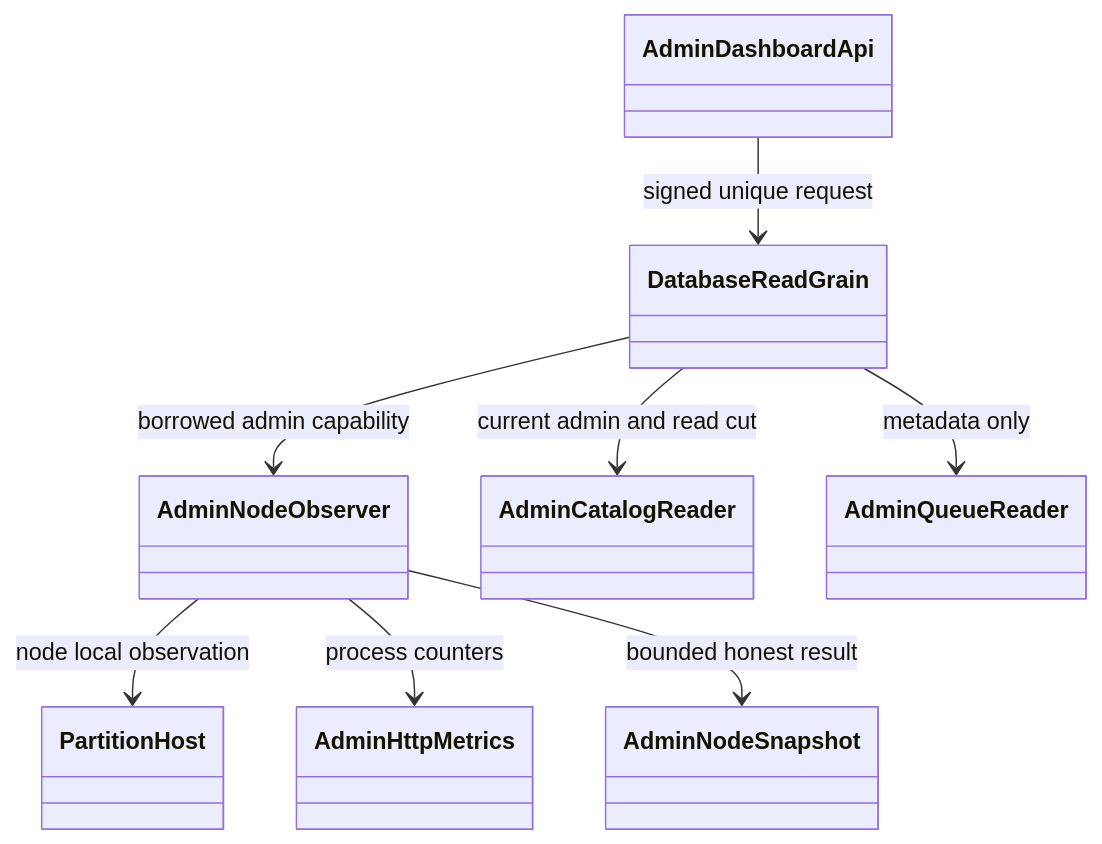
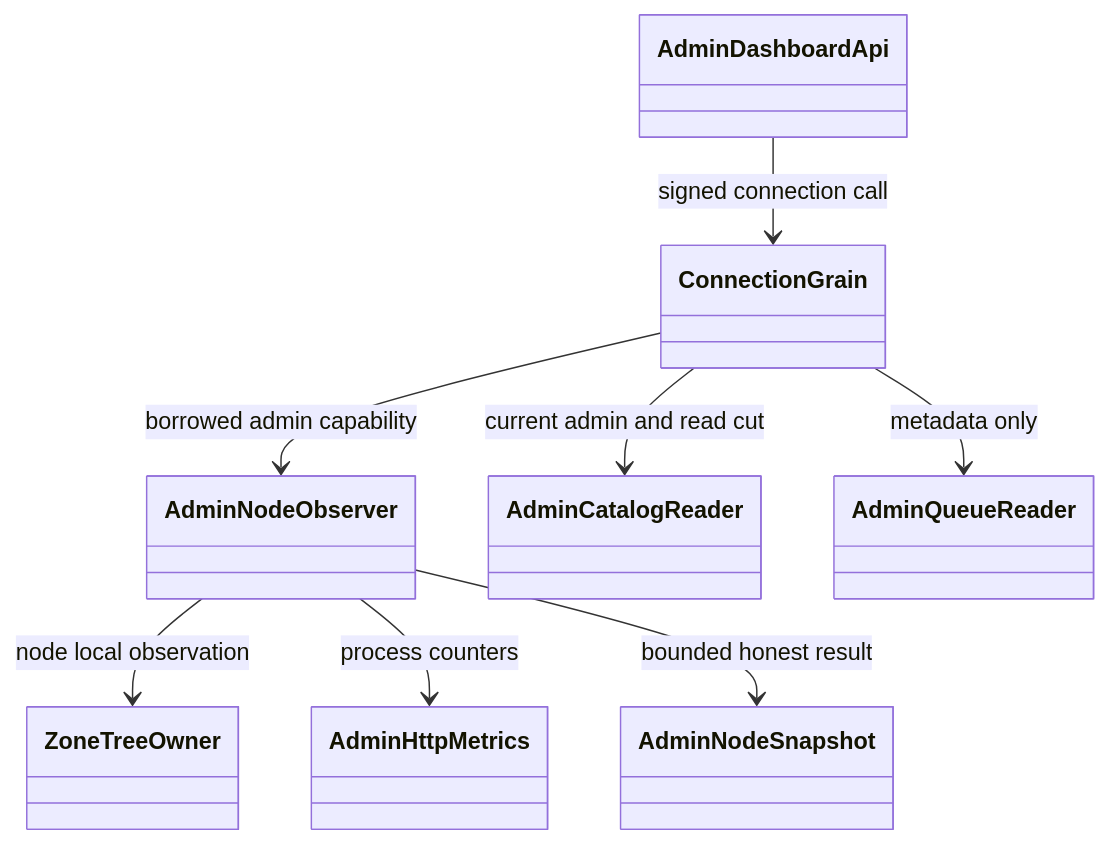
One commit to managedcode/KeyLoad changed the diagram in docs/ADR/ADR-051-admin-dashboard.md. Above: the diagram before and after it, drawn with Mermaid. The commit also changed other lines of this file and 7356 other files, not shown here.

````diff
--- a/docs/ADR/ADR-051-admin-dashboard.md
+++ b/docs/ADR/ADR-051-admin-dashboard.md
@@ -11,18 +11,18 @@
 ```mermaid
 classDiagram
     class AdminDashboardApi
     class AdminNodeSnapshot
     class AdminNodeObserver
     class AdminHttpMetrics
-    class DatabaseReadGrain
-    class PartitionHost
+    class ConnectionGrain
+    class ZoneTreeOwner
     class AdminCatalogReader
     class AdminQueueReader
-    AdminDashboardApi --> DatabaseReadGrain : signed unique request
-    DatabaseReadGrain --> AdminCatalogReader : current admin and read cut
-    DatabaseReadGrain --> AdminQueueReader : metadata only
-    DatabaseReadGrain --> AdminNodeObserver : borrowed admin capability
-    AdminNodeObserver --> PartitionHost : node local observation
+    AdminDashboardApi --> ConnectionGrain : signed connection call
+    ConnectionGrain --> AdminCatalogReader : current admin and read cut
+    ConnectionGrain --> AdminQueueReader : metadata only
+    ConnectionGrain --> AdminNodeObserver : borrowed admin capability
+    AdminNodeObserver --> ZoneTreeOwner : node local observation
     AdminNodeObserver --> AdminHttpMetrics : process counters
     AdminNodeObserver --> AdminNodeSnapshot : bounded honest result
 ```
````
